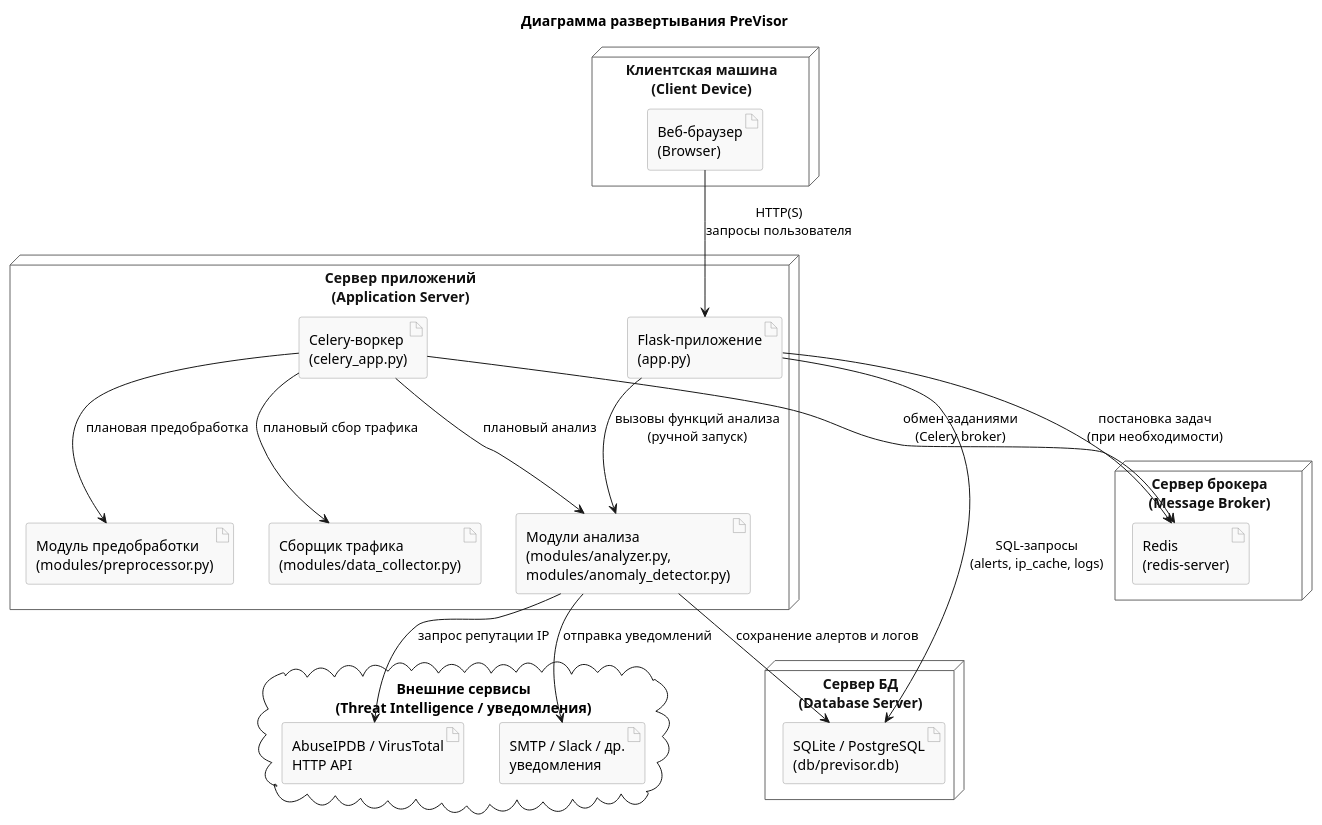
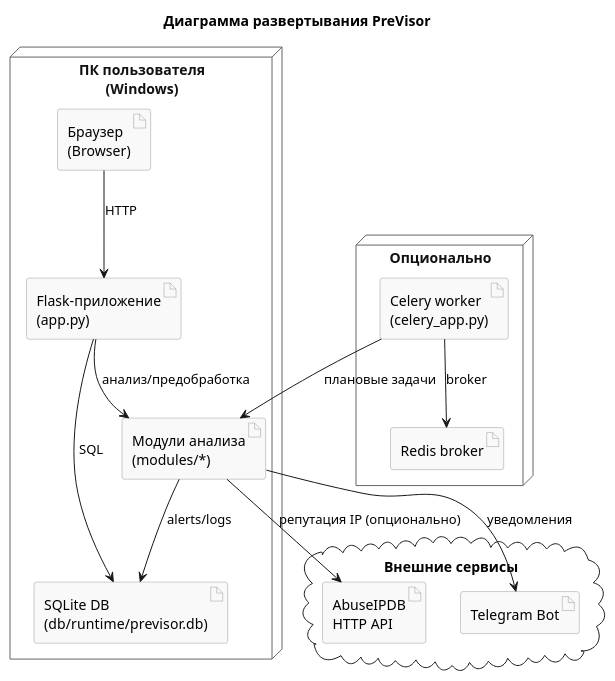
Before and after one commit to k00000tek/previsor: the diagram in static/previsor_deployment_diagram.puml, drawn with PlantUML. The commit also changed 31 other files, not shown here.

```diff
--- a/static/previsor_deployment_diagram.puml
+++ b/static/previsor_deployment_diagram.puml
@@ -1,57 +1,42 @@
 @startuml
 title Диаграмма развертывания PreVisor
 
 skinparam node {
   BackgroundColor White
   BorderColor #666
   FontColor #111
 }
 
 skinparam artifact {
   BackgroundColor #F9F9F9
   BorderColor #999
 }
 
-' === Узлы ===
-node "Клиентская машина\n(Client Device)" as Client {
-    artifact "Веб-браузер\n(Browser)" as Browser
+node "ПК пользователя\n(Windows)" as Client {
+    artifact "Браузер\n(Browser)" as Browser
+    artifact "Flask-приложение\n(app.py)" as FlaskApp
+    artifact "Модули анализа\n(modules/*)" as AnalyzerMods
+    artifact "SQLite DB\n(db/runtime/previsor.db)" as DB
 }
 
-node "Сервер приложений\n(Application Server)" as AppServer {
-    artifact "Flask-приложение\n(app.py)" as FlaskApp
-    artifact "Модули анализа\n(modules/analyzer.py,\nmodules/anomaly_detector.py)" as AnalyzerMods
-    artifact "Модуль предобработки\n(modules/preprocessor.py)" as PreprocMod
-    artifact "Сборщик трафика\n(modules/data_collector.py)" as CollectorMod
-    artifact "Celery-воркер\n(celery_app.py)" as CeleryApp
+node "Опционально" as Optional {
+    artifact "Celery worker\n(celery_app.py)" as CeleryApp
+    artifact "Redis broker" as Redis
 }
 
-node "Сервер БД\n(Database Server)" as DBServer {
-    artifact "SQLite / PostgreSQL\n(db/previsor.db)" as DB
+cloud "Внешние сервисы" as Cloud {
+    artifact "AbuseIPDB\nHTTP API" as TI
+    artifact "Telegram Bot" as Notif
 }
 
-node "Сервер брокера\n(Message Broker)" as Broker {
-    artifact "Redis\n(redis-server)" as Redis
-}
+Browser --> FlaskApp : HTTP
+FlaskApp --> AnalyzerMods : анализ/предобработка
+FlaskApp --> DB : SQL
+AnalyzerMods --> DB : alerts/logs
+AnalyzerMods --> TI : репутация IP (опционально)
+AnalyzerMods --> Notif : уведомления
 
-cloud "Внешние сервисы\n(Threat Intelligence / уведомления)" as Cloud {
-    artifact "AbuseIPDB / VirusTotal\nHTTP API" as TI
-    artifact "SMTP / Slack / др.\nуведомления" as Notif
-}
-
-' === Связи ===
-Browser --> FlaskApp : HTTP(S)\nзапросы пользователя
-FlaskApp --> DB : SQL-запросы\n(alerts, ip_cache, logs)
-FlaskApp --> AnalyzerMods : вызовы функций анализа\n(ручной запуск)
-
-CeleryApp --> CollectorMod : плановый сбор трафика
-CeleryApp --> PreprocMod : плановая предобработка
-CeleryApp --> AnalyzerMods : плановый анализ
-
-AnalyzerMods --> DB : сохранение алертов и логов
-AnalyzerMods --> TI : запрос репутации IP
-AnalyzerMods --> Notif : отправка уведомлений
-
-CeleryApp --> Redis : обмен заданиями\n(Celery broker)
-FlaskApp --> Redis : постановка задач\n(при необходимости)
+CeleryApp --> Redis : broker
+CeleryApp --> AnalyzerMods : плановые задачи
 
 @enduml
```
